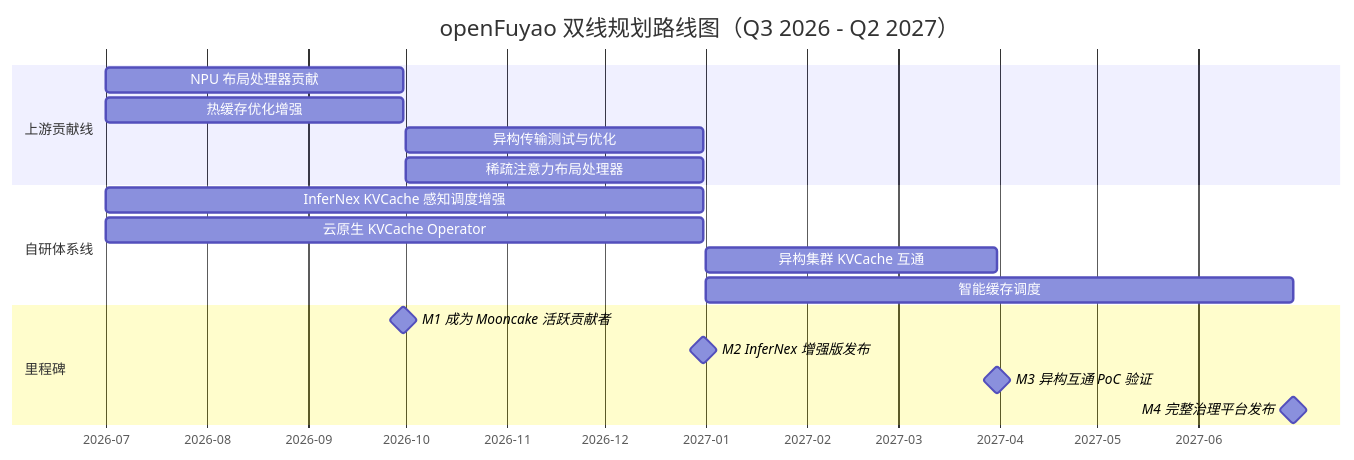
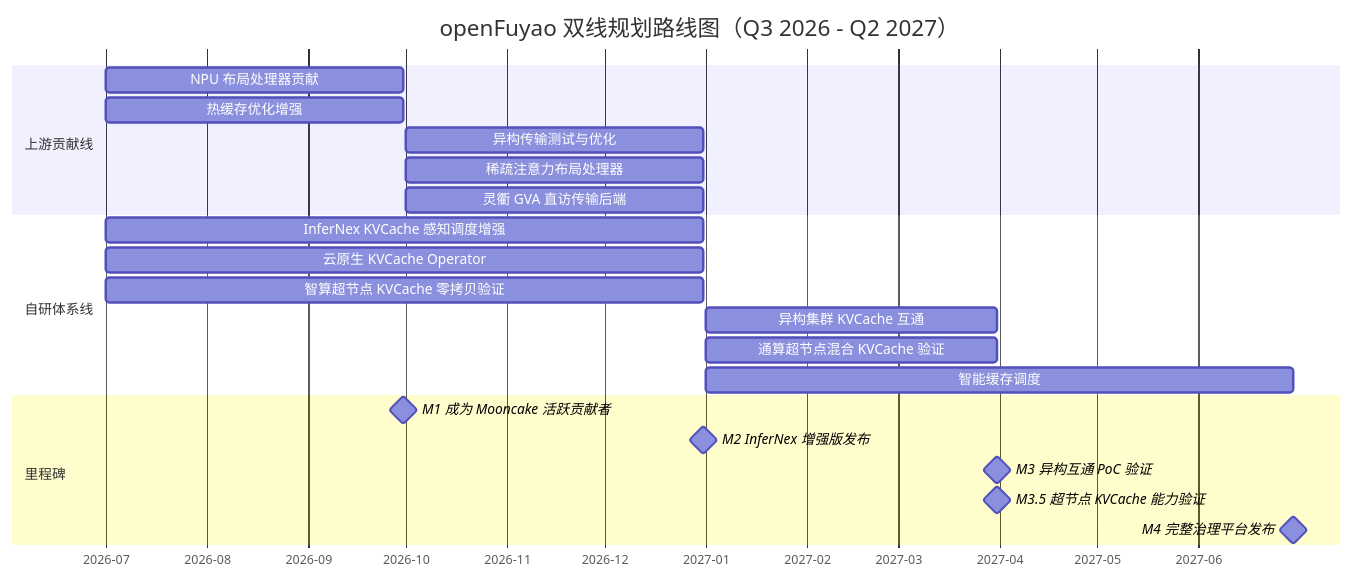
One commit to QJWang23/Mooncake changed the second of 2 diagrams in docs/superpowers/insights/2026-06-10-distributed-kvcache-technology-insight.md. Above: the diagram before and after it, drawn with Mermaid. The commit also changed other lines of this file, not shown here.

First line of the commit message:
docs(insight): add supernode/UB bus tasks and milestones to Section 6 roadmap

````diff
--- a/docs/superpowers/insights/2026-06-10-distributed-kvcache-technology-insight.md
+++ b/docs/superpowers/insights/2026-06-10-distributed-kvcache-technology-insight.md
@@ -1108,24 +1126,28 @@
 ```mermaid
 gantt
     title openFuyao 双线规划路线图（Q3 2026 - Q2 2027）
     dateFormat YYYY-MM-DD
     axisFormat %Y-%m
 
     section 上游贡献线
     NPU 布局处理器贡献           :a1, 2026-07-01, 2026-09-30
     热缓存优化增强               :a2, 2026-07-01, 2026-09-30
     异构传输测试与优化           :a3, 2026-10-01, 2026-12-31
     稀疏注意力布局处理器         :a4, 2026-10-01, 2026-12-31
+    灵衢 GVA 直访传输后端       :a5, 2026-10-01, 2026-12-31
 
     section 自研体系线
     InferNex KVCache 感知调度增强 :b1, 2026-07-01, 2026-12-31
     云原生 KVCache Operator       :b2, 2026-07-01, 2026-12-31
-    异构集群 KVCache 互通         :b3, 2027-01-01, 2027-03-31
-    智能缓存调度                  :b4, 2027-01-01, 2027-06-30
+    智算超节点 KVCache 零拷贝验证 :b3, 2026-07-01, 2026-12-31
+    异构集群 KVCache 互通         :b4, 2027-01-01, 2027-03-31
+    通算超节点混合 KVCache 验证   :b5, 2027-01-01, 2027-03-31
+    智能缓存调度                  :b6, 2027-01-01, 2027-06-30
 
     section 里程碑
     M1 成为 Mooncake 活跃贡献者   :milestone, m1, 2026-09-30, 0d
     M2 InferNex 增强版发布        :milestone, m2, 2026-12-31, 0d
     M3 异构互通 PoC 验证          :milestone, m3, 2027-03-31, 0d
+    M3.5 超节点 KVCache 能力验证  :milestone, m35, 2027-03-31, 0d
     M4 完整治理平台发布           :milestone, m4, 2027-06-30, 0d
 ```
````
